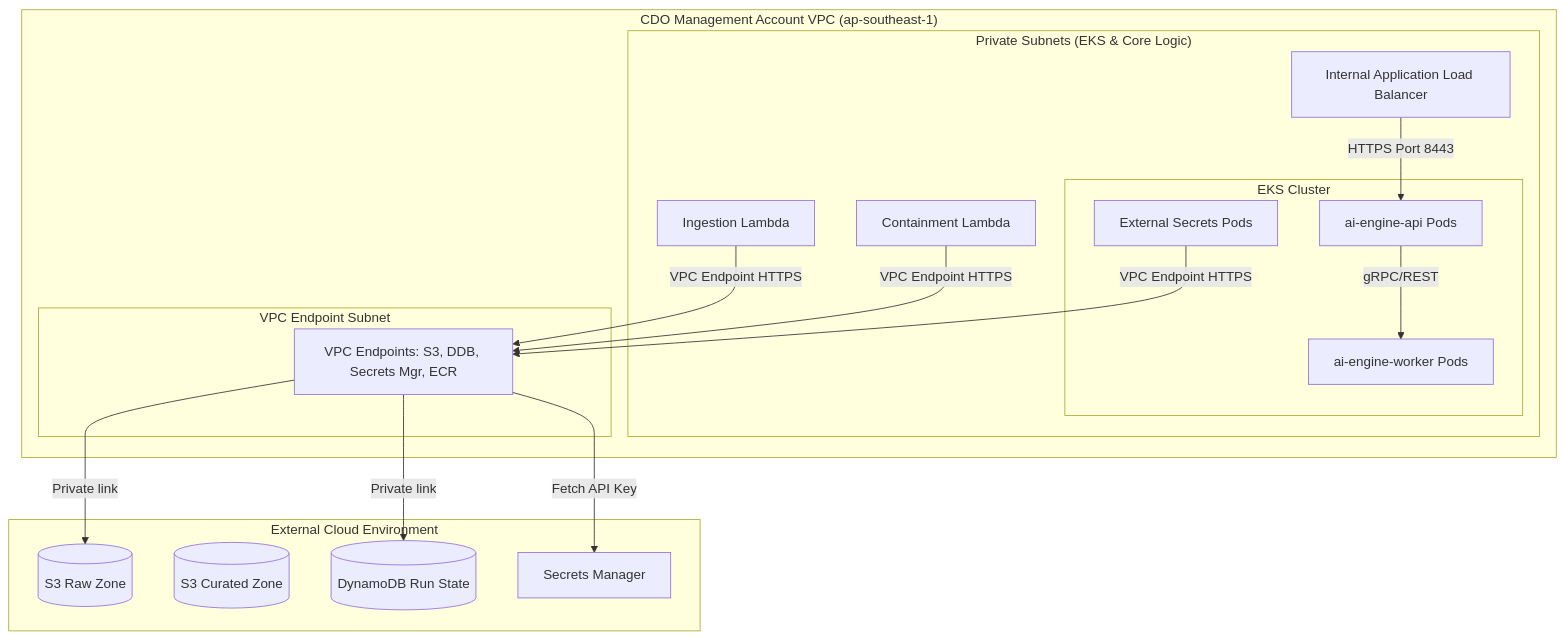
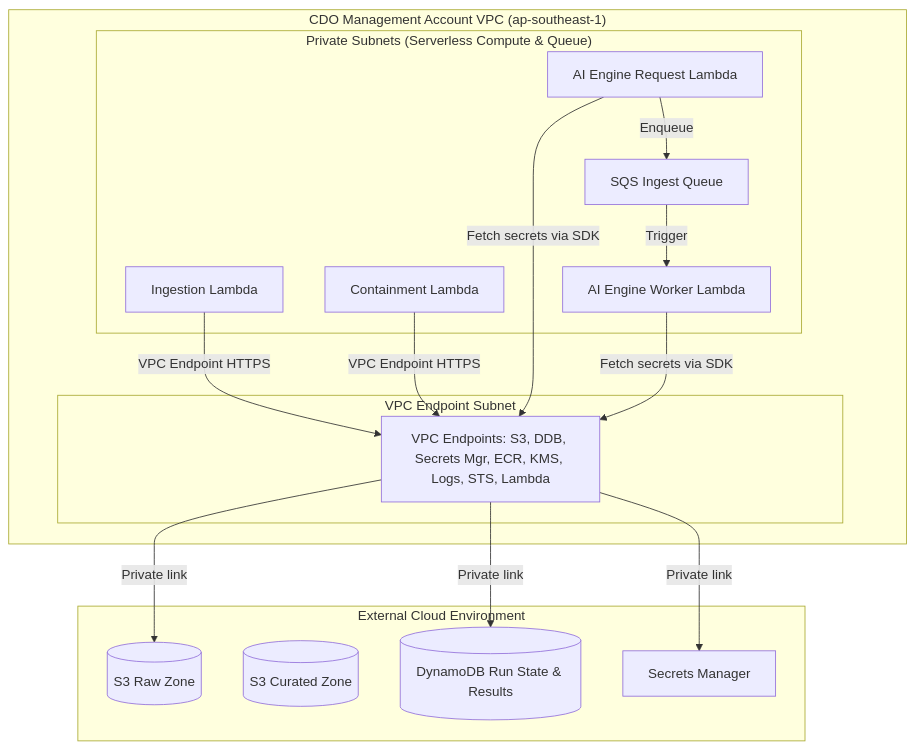
One commit to hungxqt/tf2-finops-iac changed the diagram in docs/tf2-finops/03_security_design.md. Above: the diagram before and after it, drawn with Mermaid. The commit also changed other lines of this file and 79 other files, not shown here.

````diff
--- a/docs/tf2-finops/03_security_design.md
+++ b/docs/tf2-finops/03_security_design.md
@@ -15,38 +15,36 @@
 ```mermaid
 graph TD
     subgraph "CDO Management Account VPC (ap-southeast-1)"
-        subgraph "Private Subnets (EKS & Core Logic)"
-            subgraph "EKS Cluster"
-                API_P[ai-engine-api Pods]
-                WRK_P[ai-engine-worker Pods]
-                ESO_P[External Secrets Pods]
-            end
+        subgraph "Private Subnets (Serverless Compute & Queue)"
+            AILambdaReq[AI Engine Request Lambda]
+            AILambdaWorker[AI Engine Worker Lambda]
+            SQSQueue[SQS Ingest Queue]
             L_Pull[Ingestion Lambda]
             L_Cont[Containment Lambda]
-            ALB[Internal Application Load Balancer]
         end
 
         subgraph "VPC Endpoint Subnet"
-            VPCE[VPC Endpoints: S3, DDB, Secrets Mgr, ECR]
+            VPCE[VPC Endpoints: S3, DDB, Secrets Mgr, ECR, KMS, Logs, STS, Lambda]
         end
     end
 
     subgraph "External Cloud Environment"
         S3Raw[(S3 Raw Zone)]
         S3Cur[(S3 Curated Zone)]
-        DDB[(DynamoDB Run State)]
+        DDB[(DynamoDB Run State & Results)]
         SM[Secrets Manager]
     end
 
     %% Network flows
     L_Pull -->|VPC Endpoint HTTPS| VPCE
     VPCE -->|Private link| S3Raw
     L_Cont -->|VPC Endpoint HTTPS| VPCE
     VPCE -->|Private link| DDB
     
-    %% EKS traffic
-    ALB -->|HTTPS Port 8443| API_P
-    API_P -->|gRPC/REST| WRK_P
-    ESO_P -->|VPC Endpoint HTTPS| VPCE
-    VPCE -->|Fetch API Key| SM
+    %% Serverless traffic
+    AILambdaReq -->|Enqueue| SQSQueue
+    SQSQueue -->|Trigger| AILambdaWorker
+    AILambdaReq -->|Fetch secrets via SDK| VPCE
+    AILambdaWorker -->|Fetch secrets via SDK| VPCE
+    VPCE -->|Private link| SM
 ```
````
